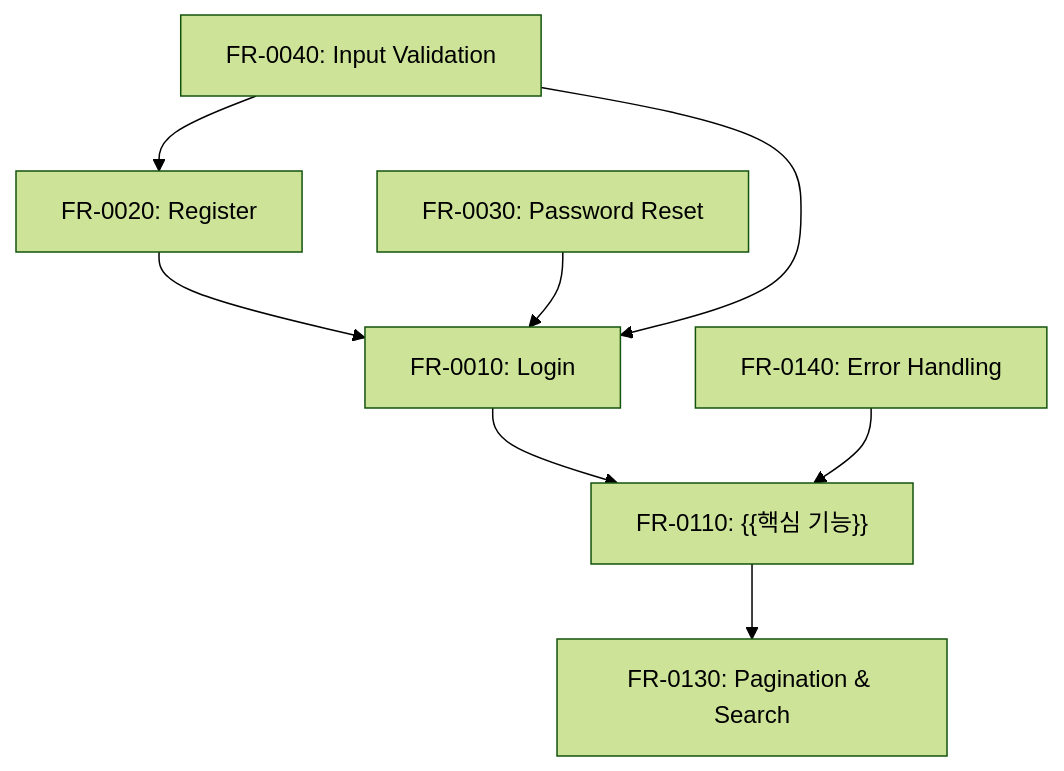
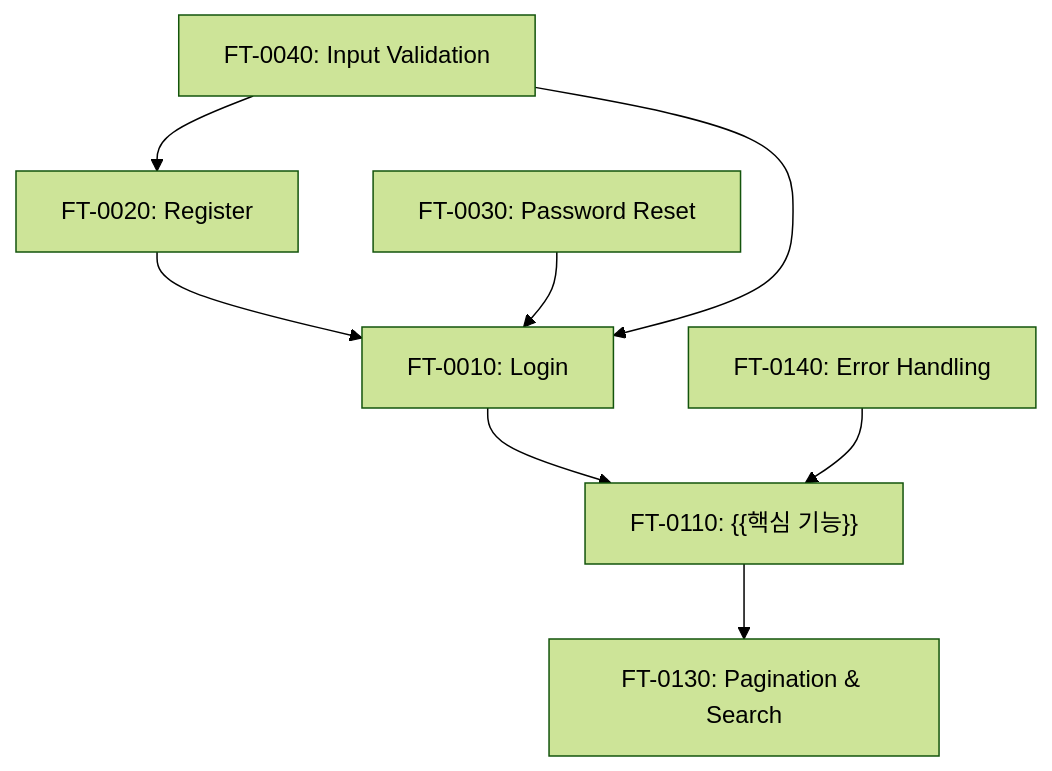
Before and after one commit to upleat-ax/u-maker-plugin: the first of 3 diagrams in templates/01-plan/1_SRS_RA.template.md, drawn with Mermaid (forest theme). The commit also changed other lines of this file and 79 other files, not shown here.

````diff
--- a/templates/01-plan/1_SRS_RA.template.md
+++ b/templates/01-plan/1_SRS_RA.template.md
@@ -183,10 +218,10 @@
 ```mermaid
 flowchart TD
-    FR010["FR-0010: Login"] --> FR110["FR-0110: {{핵심 기능}}"]
-    FR020["FR-0020: Register"] --> FR010
-    FR030["FR-0030: Password Reset"] --> FR010
-    FR040["FR-0040: Input Validation"] --> FR010
-    FR040 --> FR020
-    FR110 --> FR130["FR-0130: Pagination & Search"]
-    FR140["FR-0140: Error Handling"] --> FR110
+    FT010["FT-0010: Login"] --> FT110["FT-0110: {{핵심 기능}}"]
+    FT020["FT-0020: Register"] --> FT010
+    FT030["FT-0030: Password Reset"] --> FT010
+    FT040["FT-0040: Input Validation"] --> FT010
+    FT040 --> FT020
+    FT110 --> FT130["FT-0130: Pagination & Search"]
+    FT140["FT-0140: Error Handling"] --> FT110
 ```
````
